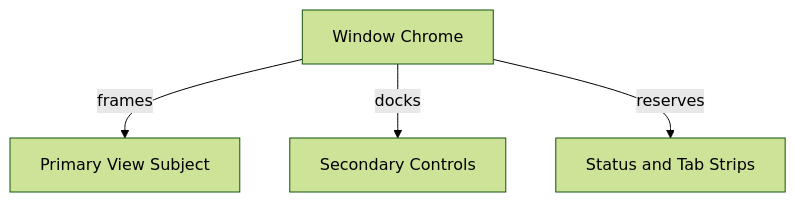
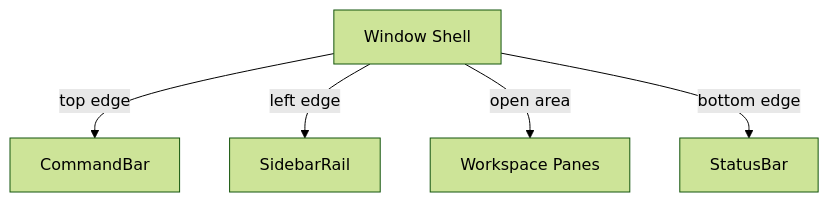
Before and after one commit to AhmedKhan-GH/astrolabe: the diagram in docs/interface/ui-principles.md, drawn with Mermaid (forest theme). The commit also changed other lines of this file and 6 other files, not shown here.

````diff
--- a/docs/interface/ui-principles.md
+++ b/docs/interface/ui-principles.md
@@ -9,6 +9,7 @@
 ```mermaid
 flowchart TB
-    chrome[Window Chrome] -->|frames| subject[Primary View Subject]
-    chrome -->|docks| panels[Secondary Controls]
-    chrome -->|reserves| strips[Status and Tab Strips]
+    shell[Window Shell] -->|top edge| cmd[CommandBar]
+    shell -->|left edge| rail[SidebarRail]
+    shell -->|open area| panes[Workspace Panes]
+    shell -->|bottom edge| status[StatusBar]
 ```
````
